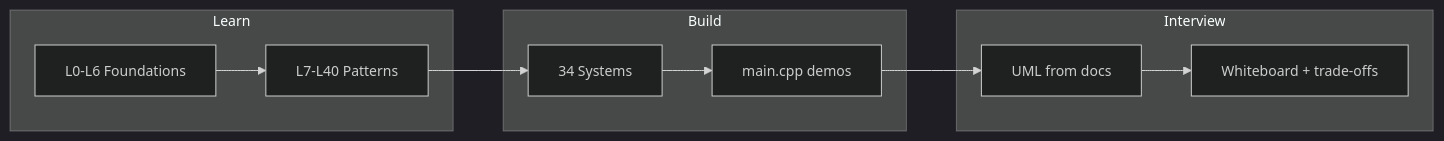
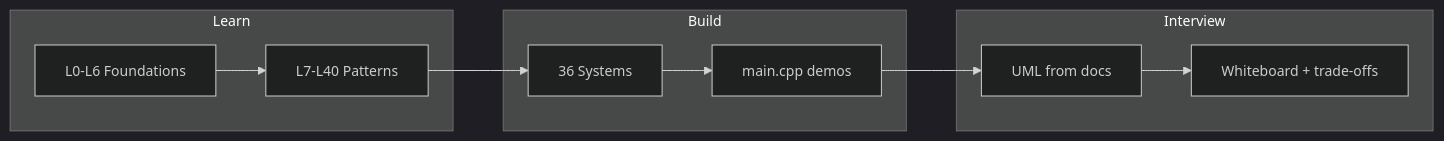
The first of 3 diagrams in README.md (subhm2004/LLD), drawn with Mermaid before and after one commit. The commit also changed other lines of this file and 77 other files, not shown here.

````diff
--- a/README.md
+++ b/README.md
@@ -27,17 +27,17 @@
 ```mermaid
 %%{init: {'theme': 'dark', 'themeVariables': { 'fontSize': '14px'}}}%%
 flowchart LR
     subgraph learn [Learn]
         A[L0-L6 Foundations]
         B[L7-L40 Patterns]
     end
     subgraph build [Build]
-        C[34 Systems]
+        C[36 Systems]
         D[main.cpp demos]
     end
     subgraph ship [Interview]
         E[UML from docs]
         F[Whiteboard + trade-offs]
     end
     A --> B --> C --> D --> E --> F
 ```
````
